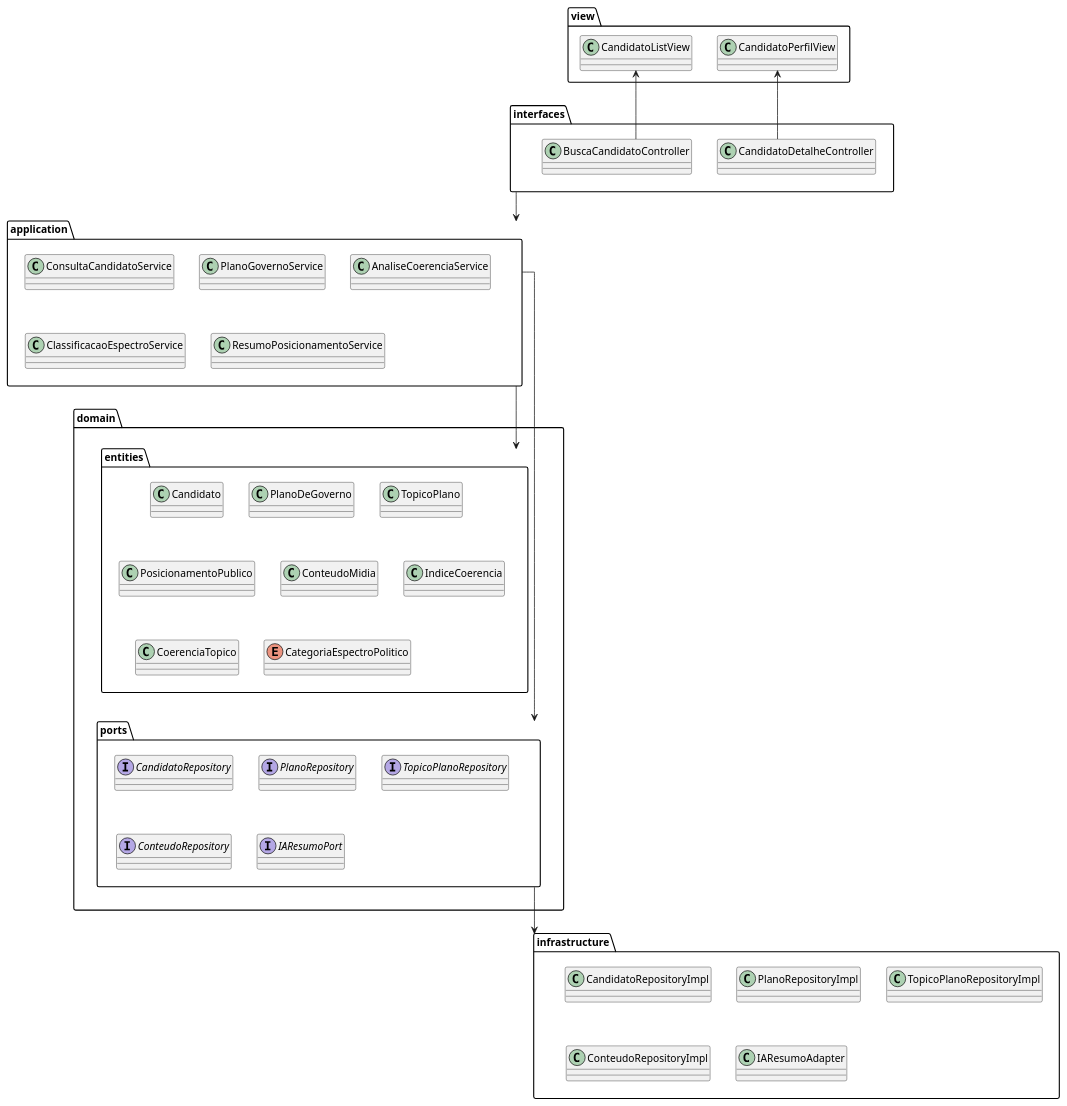
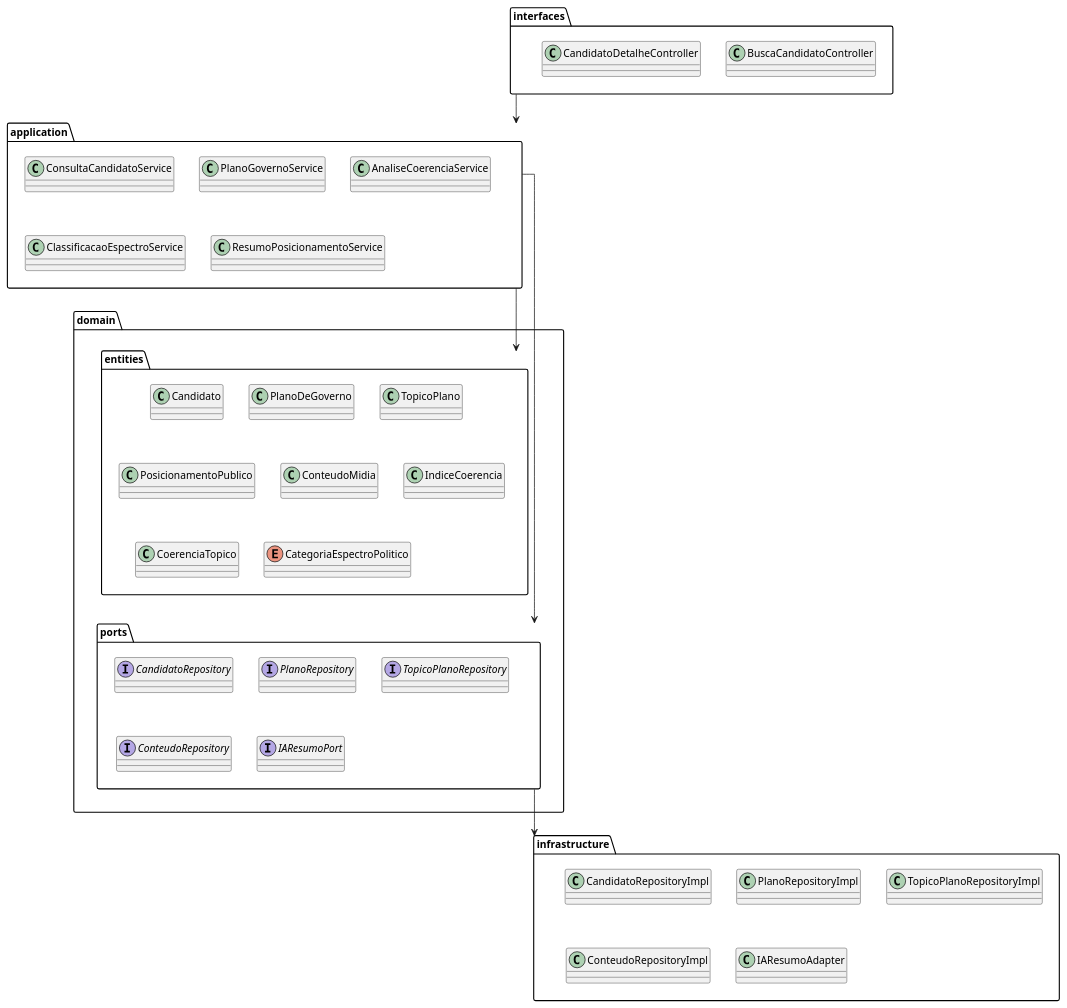
One commit to gabrielfaravola/ProjetoEngenharia changed the diagram in Documentação/04 - Implementação/Diagrama_Pacotes.md. Above: the diagram before and after it, drawn with PlantUML. The commit also changed other lines of this file, not shown here.

````diff
--- a/Documentação/04 - Implementação/Diagrama_Pacotes.md
+++ b/Documentação/04 - Implementação/Diagrama_Pacotes.md
@@ -21,74 +20,70 @@
 ```plantuml
 @startuml
 
 
 skinparam linetype ortho
 top to bottom direction
 skinparam shadowing false
 
-package "view" {
- class CandidatoListView
- class CandidatoPerfilView
-}
+
 package "interfaces" {
 
   class BuscaCandidatoController
   class CandidatoDetalheController
 
 }
 
 package "application" {
 
   class ConsultaCandidatoService
   class PlanoGovernoService
   class AnaliseCoerenciaService
   class ClassificacaoEspectroService
   class ResumoPosicionamentoService
 
 }
 
 package "domain.entities" {
 
   class Candidato
   class PlanoDeGoverno
   class TopicoPlano
   class PosicionamentoPublico
   class ConteudoMidia
   class IndiceCoerencia
   class CoerenciaTopico
   enum CategoriaEspectroPolitico
 
 }
 
 package "domain.ports" {
 
   interface CandidatoRepository
   interface PlanoRepository
   interface TopicoPlanoRepository
   interface ConteudoRepository
   interface IAResumoPort
 
 }
 
 package "infrastructure" {
 
   class CandidatoRepositoryImpl
   class PlanoRepositoryImpl
   class TopicoPlanoRepositoryImpl
   class ConteudoRepositoryImpl
   class IAResumoAdapter
 
 }
 
-BuscaCandidatoController -up-> CandidatoListView
-CandidatoDetalheController -up-> CandidatoPerfilView
+
 ' Dependências entre pacotes
 
 interfaces --> application
 application -down--> domain.entities
 domain.entities -[hidden]down---> domain.ports
 application --> domain.ports
 domain.ports -down--> infrastructure
 
 @enduml
 ```
````
